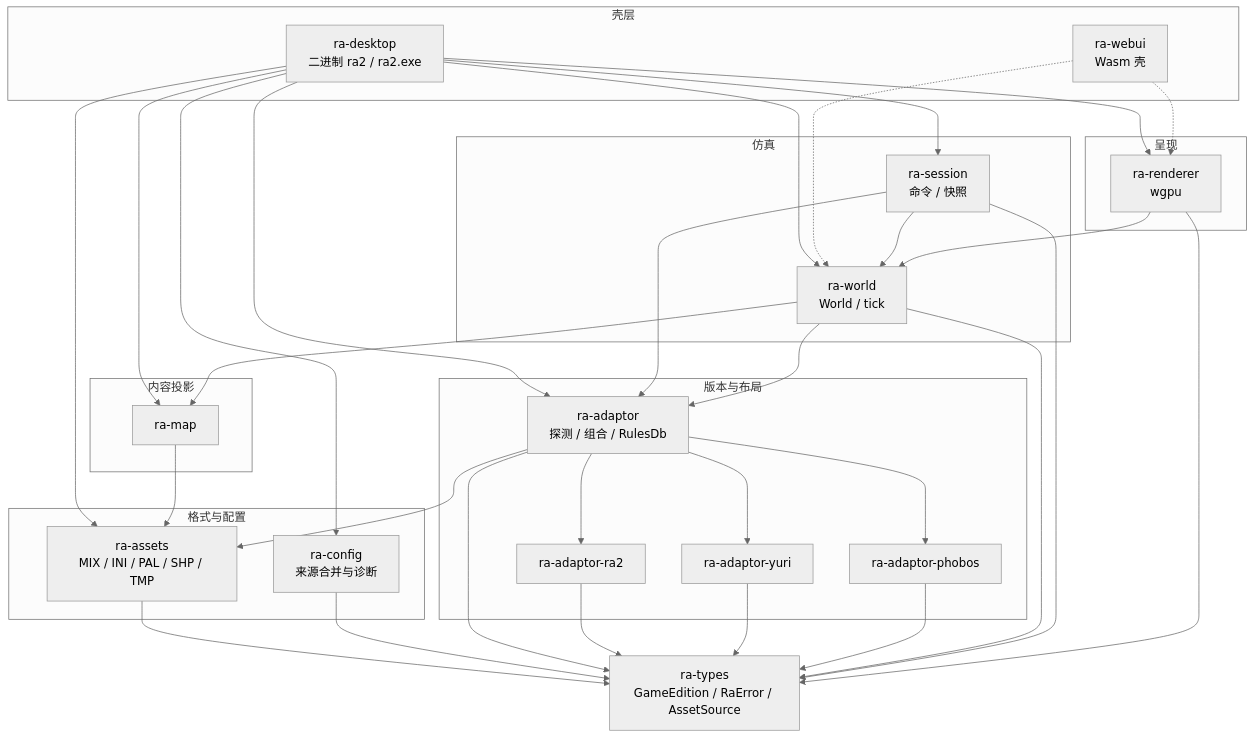
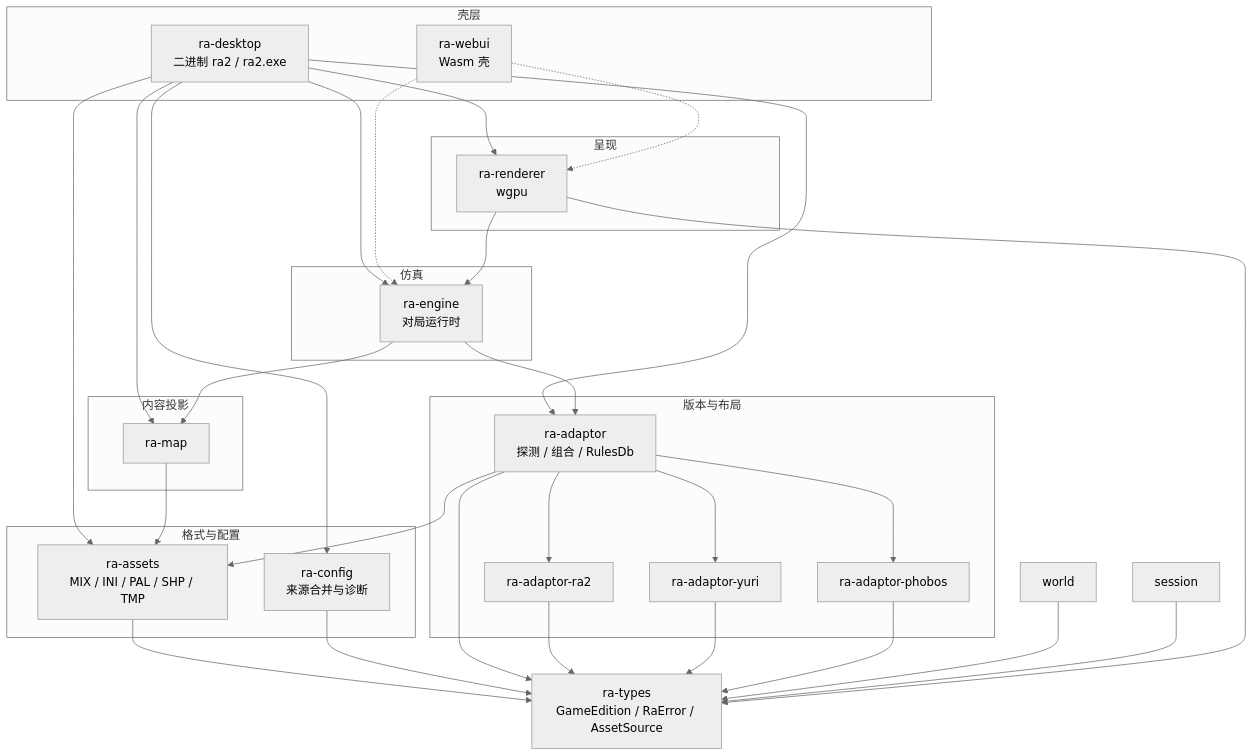
The first of 3 diagrams in readme.md (rust-alert/ra2.exe), drawn with Mermaid (neutral theme) before and after one commit. The commit also changed 73 other files, not shown here.

````diff
--- a/readme.md
+++ b/readme.md
@@ -17,62 +17,58 @@
 ```mermaid
 flowchart TB
     subgraph shells["壳层"]
         desktop["ra-desktop<br/>二进制 ra2 / ra2.exe"]
         webui["ra-webui<br/>Wasm 壳"]
     end
 
     subgraph present["呈现"]
         renderer["ra-renderer<br/>wgpu"]
     end
 
     subgraph sim["仿真"]
-        world["ra-world<br/>World / tick"]
-        session["ra-session<br/>命令 / 快照"]
+        engine["ra-engine<br/>对局运行时"]
     end
 
     subgraph content["内容投影"]
         map["ra-map"]
     end
 
     subgraph formats["格式与配置"]
         assets["ra-assets<br/>MIX / INI / PAL / SHP / TMP"]
         config["ra-config<br/>来源合并与诊断"]
     end
 
     subgraph adapt["版本与布局"]
         adaptor["ra-adaptor<br/>探测 / 组合 / RulesDb"]
         ra2tbl["ra-adaptor-ra2"]
         yrtbl["ra-adaptor-yuri"]
         mo3["ra-adaptor-phobos"]
     end
 
     types["ra-types<br/>GameEdition / RaError / AssetSource"]
     desktop --> config
     desktop --> renderer
-    desktop --> session
-    desktop --> world
+    desktop --> engine
     desktop --> map
     desktop --> assets
     desktop --> adaptor
     webui -.-> renderer
-    webui -.-> world
-    session --> world
-    session --> adaptor
-    renderer --> world
-    world --> adaptor
-    world --> map
+    webui -.-> engine
+    renderer --> engine
+    engine --> adaptor
+    engine --> map
     map --> assets
     adaptor --> assets
     adaptor --> ra2tbl
     adaptor --> yrtbl
     adaptor --> mo3
     assets --> types
     config --> types
     adaptor --> types
     ra2tbl --> types
     yrtbl --> types
     mo3 --> types
     world --> types
     session --> types
     renderer --> types
 ```
````
